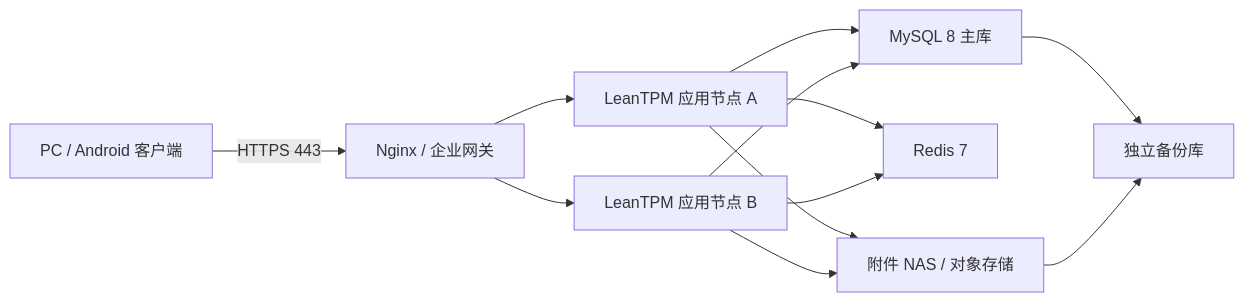
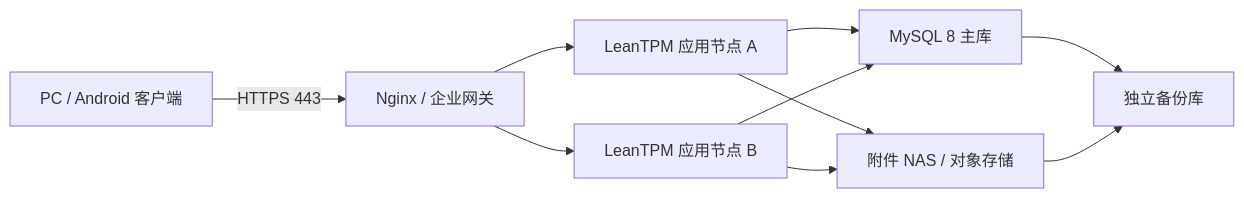
The diagram in docs/18-生产部署容量与Android兼容规格.md (Azi9527/LeanTPM), drawn with Mermaid before and after one commit. The commit also changed other lines of this file and 333 other files, not shown here.

````diff
--- a/docs/18-生产部署容量与Android兼容规格.md
+++ b/docs/18-生产部署容量与Android兼容规格.md
@@ -13,14 +13,12 @@
 ```mermaid
 flowchart LR
     C["PC / Android 客户端"] -->|"HTTPS 443"| N["Nginx / 企业网关"]
     N --> A1["LeanTPM 应用节点 A"]
     N --> A2["LeanTPM 应用节点 B"]
     A1 --> DB["MySQL 8 主库"]
     A2 --> DB
-    A1 --> R["Redis 7"]
-    A2 --> R
     A1 --> S["附件 NAS / 对象存储"]
     A2 --> S
     DB --> BK["独立备份库"]
     S --> BK
 ```
````
